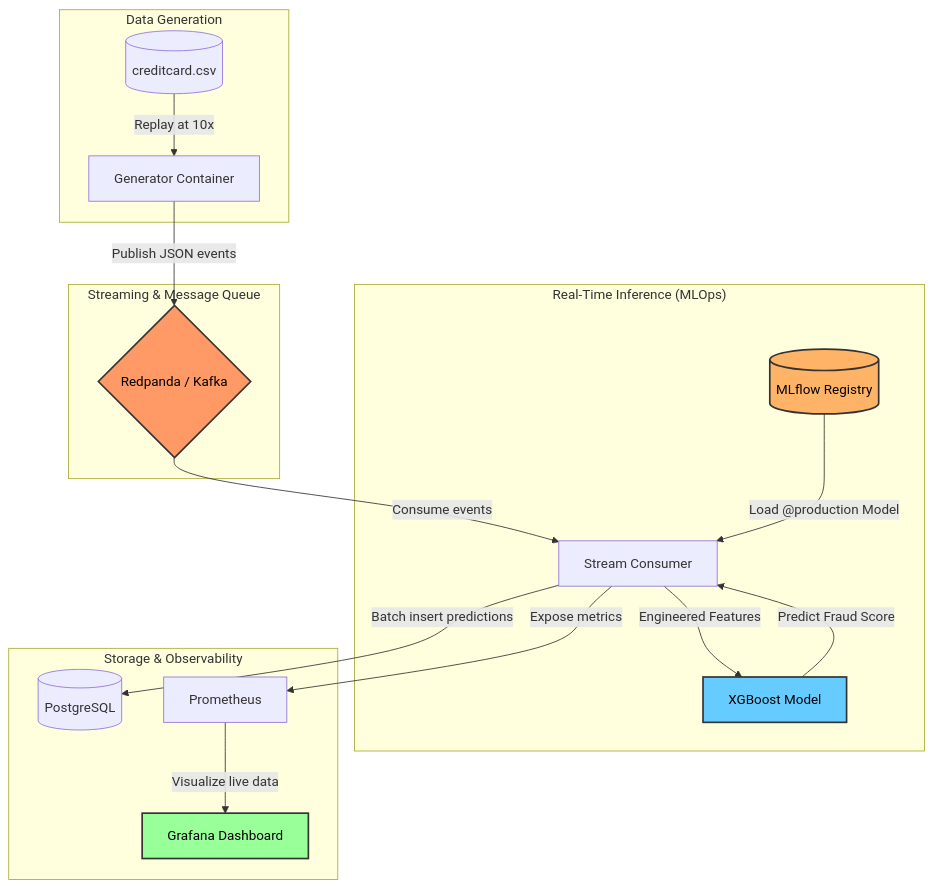
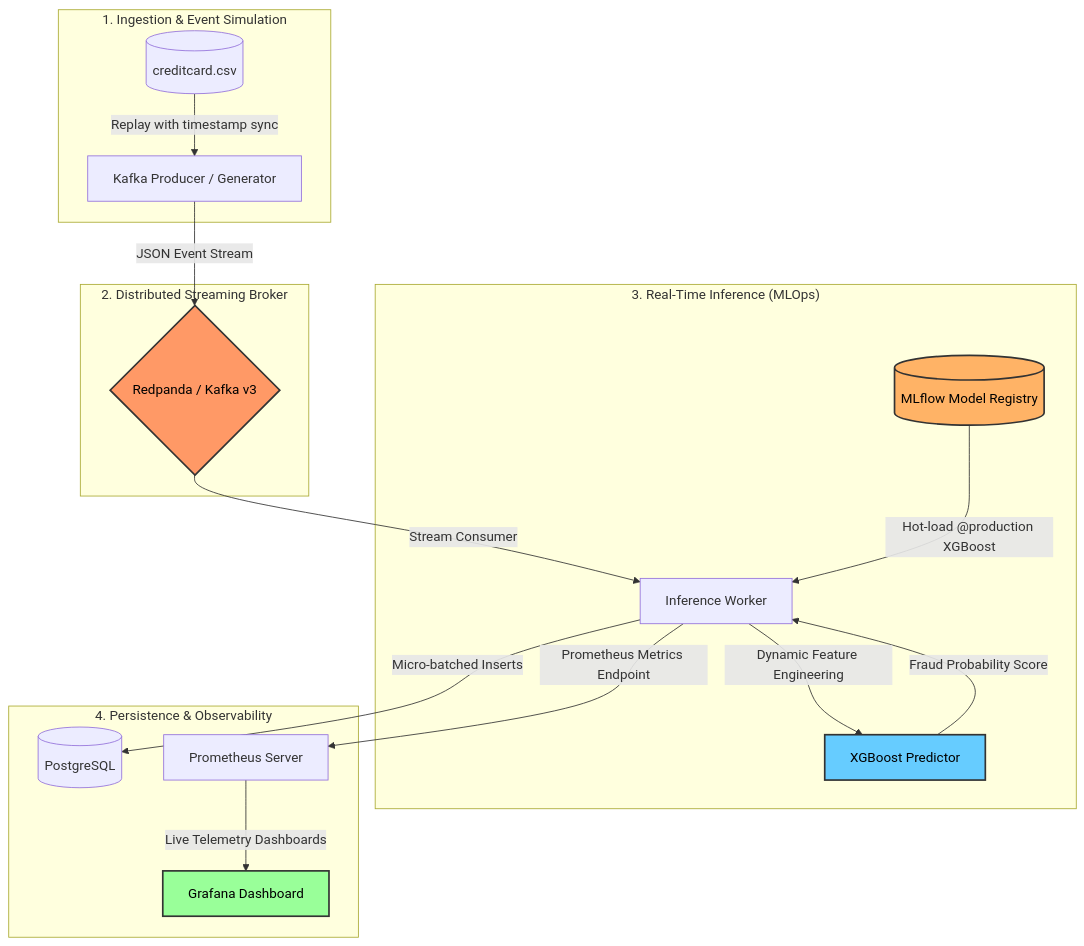
One commit to Valentino-source-dev/fraud-detection-streaming changed the diagram in README.md. Above: the diagram before and after it, drawn with Mermaid. The commit also changed other lines of this file and 2 other files, not shown here.

Commit message:
docs: refine README with quantitative metrics, quickstart, and remove system artifacts

````diff
--- a/README.md
+++ b/README.md
@@ -20,28 +23,28 @@
 ```mermaid
 flowchart TB
-    subgraph "Data Generation"
-        CSV[(creditcard.csv)] -->|Replay at 10x| GEN[Generator Container]
+    subgraph "1. Ingestion & Event Simulation"
+        CSV[(creditcard.csv)] -->|Replay with timestamp sync| GEN[Kafka Producer / Generator]
     end
 
-    subgraph "Streaming & Message Queue"
-        GEN -->|Publish JSON events| RP{Redpanda / Kafka}
+    subgraph "2. Distributed Streaming Broker"
+        GEN -->|JSON Event Stream| RP{Redpanda / Kafka v3}
     end
 
-    subgraph "Real-Time Inference (MLOps)"
-        RP -->|Consume events| CONS[Stream Consumer]
-        MLFLOW[(MLflow Registry)] -->|Load @production Model| CONS
-        CONS -->|Engineered Features| XGB[XGBoost Model]
-        XGB -->|Predict Fraud Score| CONS
+    subgraph "3. Real-Time Inference (MLOps)"
+        RP -->|Stream Consumer| CONS[Inference Worker]
+        MLFLOW[(MLflow Model Registry)] -->|Hot-load @production XGBoost| CONS
+        CONS -->|Dynamic Feature Engineering| XGB[XGBoost Predictor]
+        XGB -->|Fraud Probability Score| CONS
     end
 
-    subgraph "Storage & Observability"
-        CONS -->|Batch insert predictions| DB[(PostgreSQL)]
-        CONS -->|Expose metrics| PROM[Prometheus]
-        PROM -->|Visualize live data| GRAF[Grafana Dashboard]
+    subgraph "4. Persistence & Observability"
+        CONS -->|Micro-batched Inserts| DB[(PostgreSQL)]
+        CONS -->|Prometheus Metrics Endpoint| PROM[Prometheus Server]
+        PROM -->|Live Telemetry Dashboards| GRAF[Grafana Dashboard]
     end
 
     style RP fill:#f96,stroke:#333,stroke-width:2px,color:#000
     style MLFLOW fill:#ffb366,stroke:#333,stroke-width:2px,color:#000
     style XGB fill:#66ccff,stroke:#333,stroke-width:2px,color:#000
     style GRAF fill:#99ff99,stroke:#333,stroke-width:2px,color:#000
 ```
````
